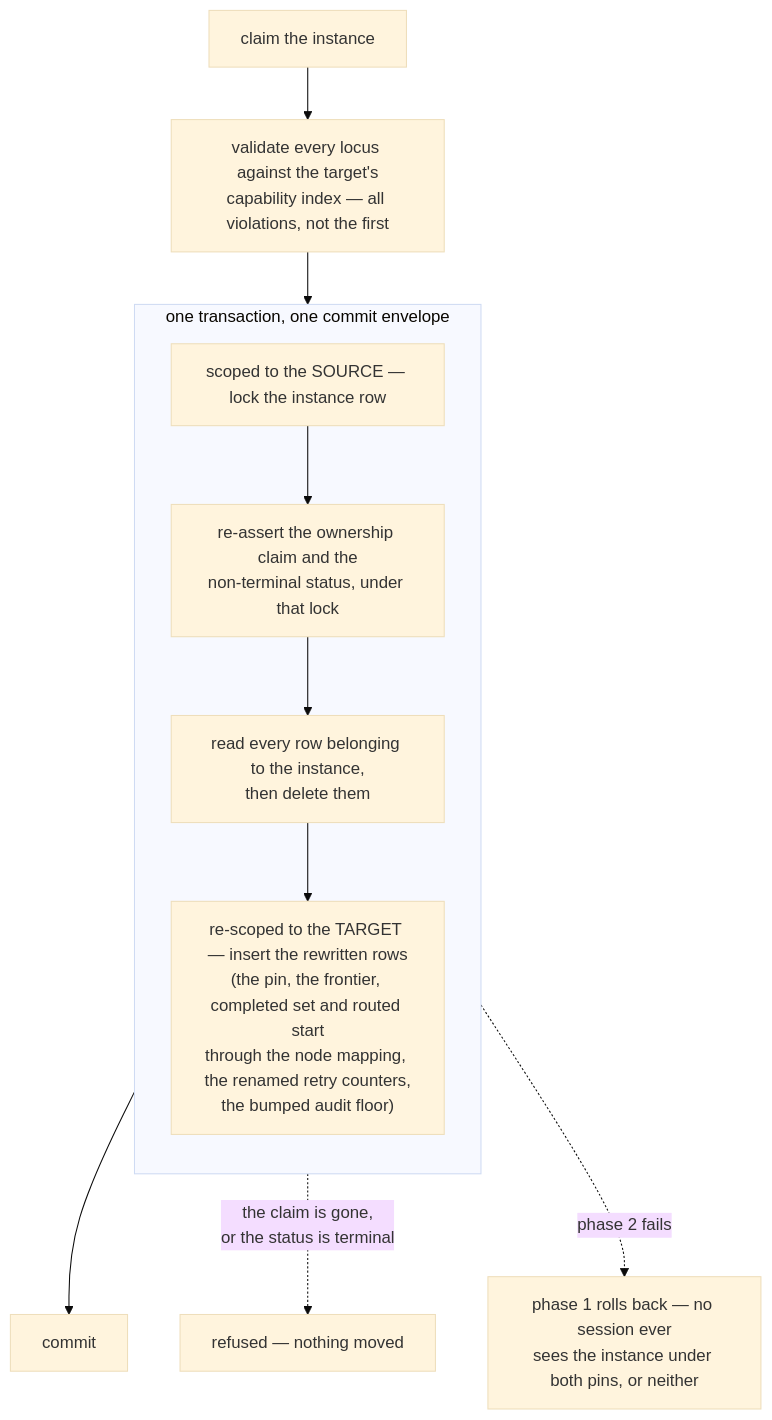
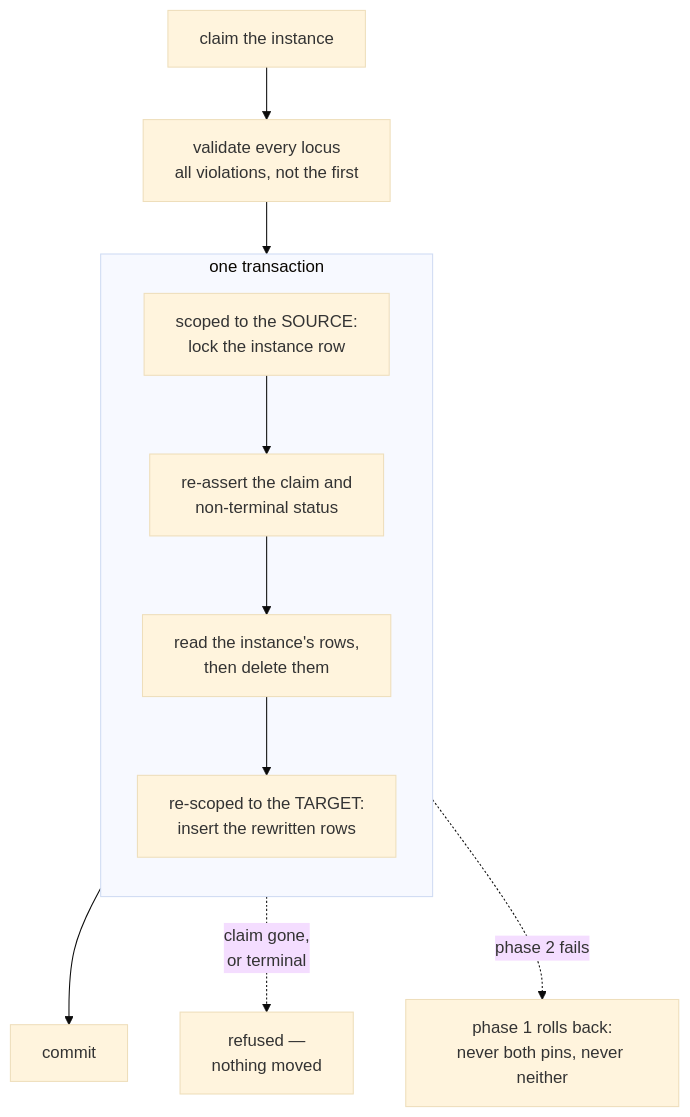
Before and after one commit to startr-trade/sutra: the first of 2 diagrams in docs/src/internals/migration-internals.md, drawn with Mermaid (base theme). The commit also changed 18 other files, not shown here.

Commit message:
(docs) Update to the documentation diagrams

````diff
--- a/docs/src/internals/migration-internals.md
+++ b/docs/src/internals/migration-internals.md
@@ -56,14 +56,16 @@
 ```mermaid
 flowchart TD
-    CLM["claim the instance"] --> VAL["validate every locus against the target's<br/>capability index — all violations, not the first"]
-    subgraph TX["one transaction, one commit envelope"]
+    CLM["claim the instance"] --> VAL["validate every locus<br/>all violations, not the first"]
+
+    subgraph TX["one transaction"]
         direction TB
-        LK["scoped to the SOURCE — lock the instance row"] --> RA["re-assert the ownership claim and the<br/>non-terminal status, under that lock"]
-        RA --> RD["read every row belonging to the instance,<br/>then delete them"]
-        RD --> INS["re-scoped to the TARGET — insert the rewritten rows<br/>(the pin, the frontier, completed set and routed start<br/>through the node mapping, the renamed retry counters,<br/>the bumped audit floor)"]
+        LK["scoped to the SOURCE:<br/>lock the instance row"] --> RA["re-assert the claim and<br/>non-terminal status"]
+        RA --> RD["read the instance's rows,<br/>then delete them"]
+        RD --> INS["re-scoped to the TARGET:<br/>insert the rewritten rows"]
     end
+
     VAL --> LK
     INS --> OK["commit"]
-    RA -.->|"the claim is gone,<br/>or the status is terminal"| NO["refused — nothing moved"]
-    INS -.->|"phase 2 fails"| RB["phase 1 rolls back — no session ever<br/>sees the instance under both pins, or neither"]
+    RA -.->|"claim gone,<br/>or terminal"| NO["refused —<br/>nothing moved"]
+    INS -.->|"phase 2 fails"| RB["phase 1 rolls back:<br/>never both pins, never neither"]
 ```
````
